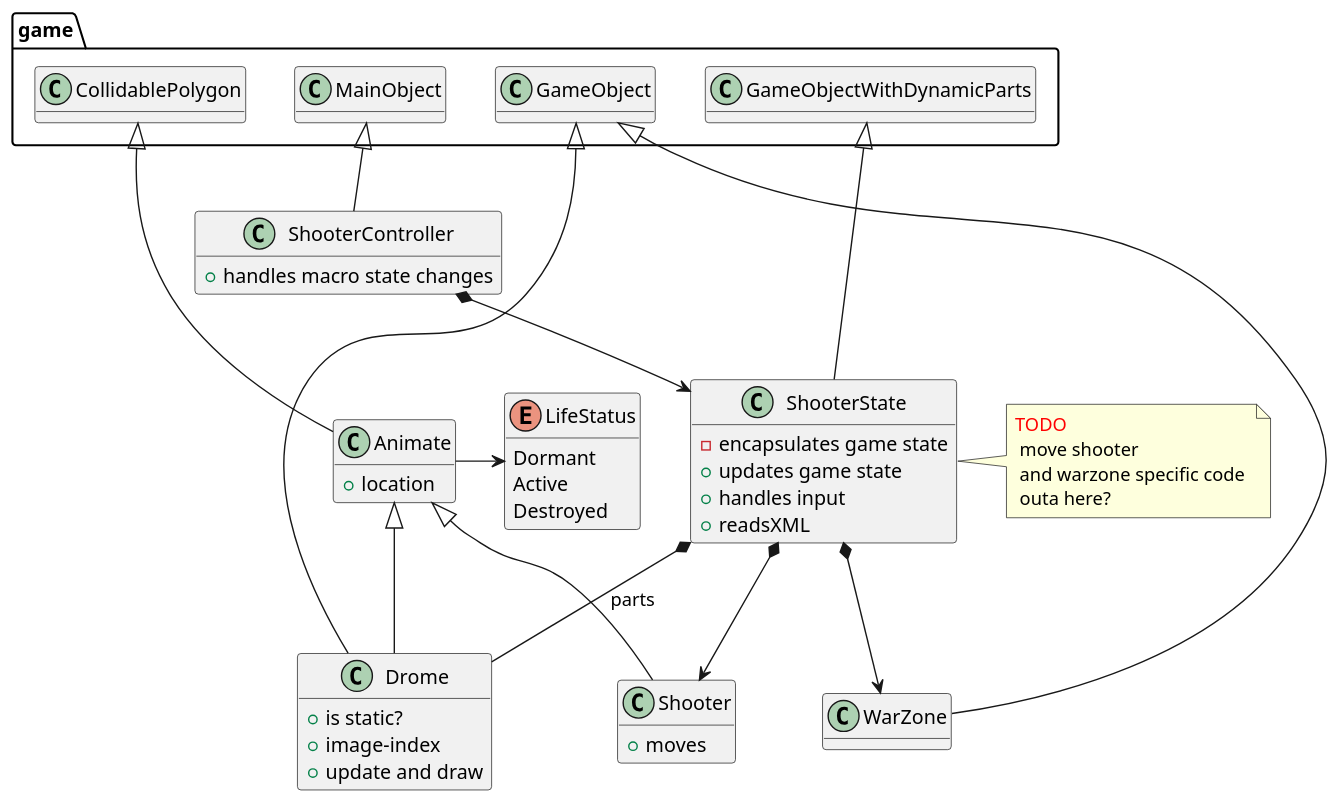
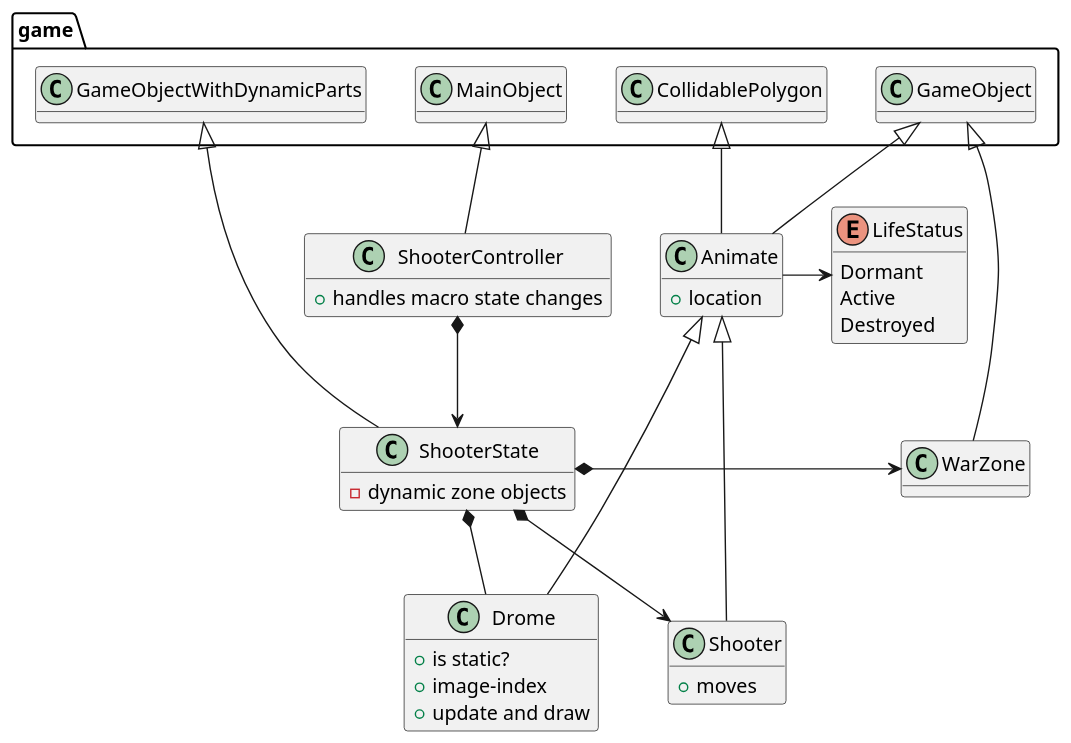
One commit to wduminy/GameEx changed the first of 2 diagrams in shooter/design.md. Above: the diagram before and after it, drawn with PlantUML. The commit also changed 7 other files, not shown here.

Commit message:
Shooter now a proper game object

```diff
--- a/shooter/design.md
+++ b/shooter/design.md
@@ -2,65 +2,57 @@
 @startuml
 scale 1.2 
 hide methods
 
 
 enum LifeStatus {
  Dormant
  Active
  Destroyed
 } 
 
 class Animate { 
  + location
 }
+game.GameObject <|-- Animate
 
 
 Animate -> LifeStatus
 game.CollidablePolygon <|-- Animate
 
 class Drome {
 + is static? 
 + image-index
 + update and draw
 }
 
-game.GameObject <|-- Drome
 Animate <|-- Drome
 
 class Shooter {
 + moves
 }
 Animate <|-- Shooter
 
 
 class ShooterState {
-- encapsulates game state
-+ updates game state
-+ handles input
-+ readsXML
+- dynamic zone objects 
 }
-note right of ShooterState
- <color:red>TODO
-  move shooter 
-  and warzone specific code 
-  outa here?
-end note
+
 ShooterState *--> Shooter
-ShooterState *--> WarZone
+ShooterState *-> WarZone
 
 game.GameObjectWithDynamicParts <|-- ShooterState
-ShooterState *-- Drome: "parts"
+ShooterState *-- Drome
 
 
 class WarZone {
 - encapsulate map data (BMP)
 }
 game.GameObject <|-- WarZone
 
 class ShooterController {
 + handles macro state changes
 }
 
 ShooterController *--> ShooterState
 game.MainObject <|-- ShooterController
 @enduml
```
